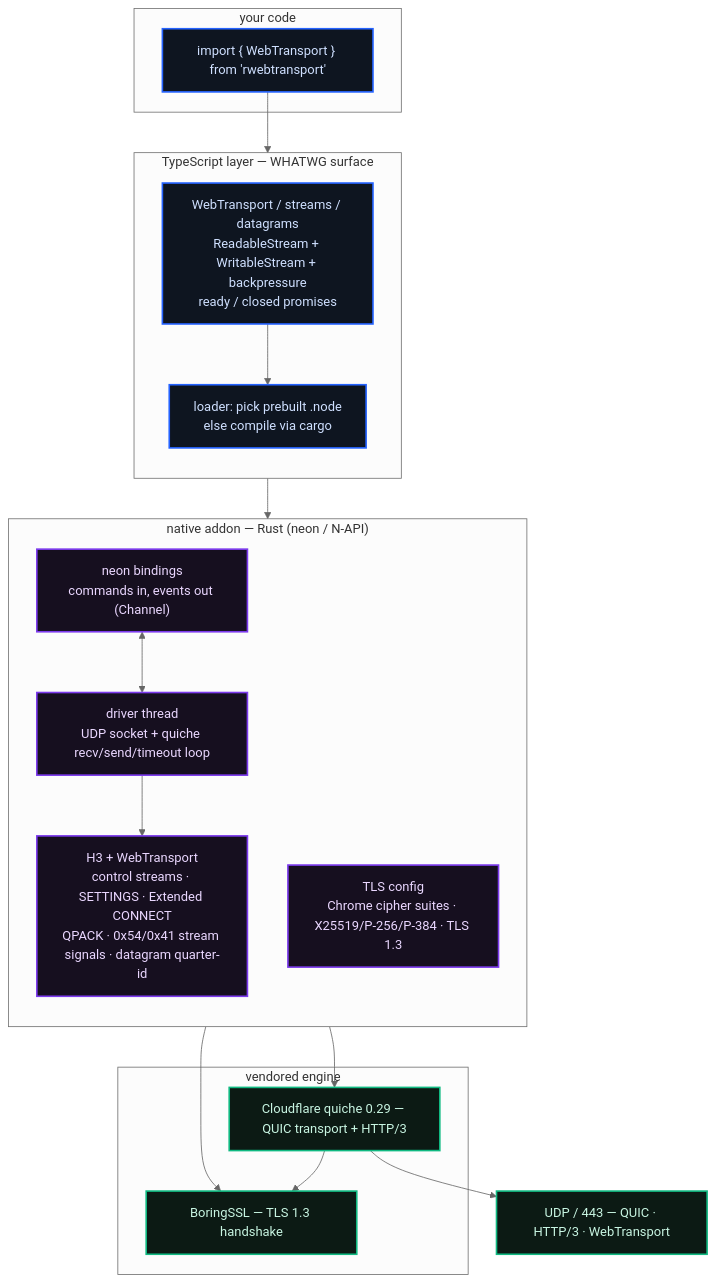
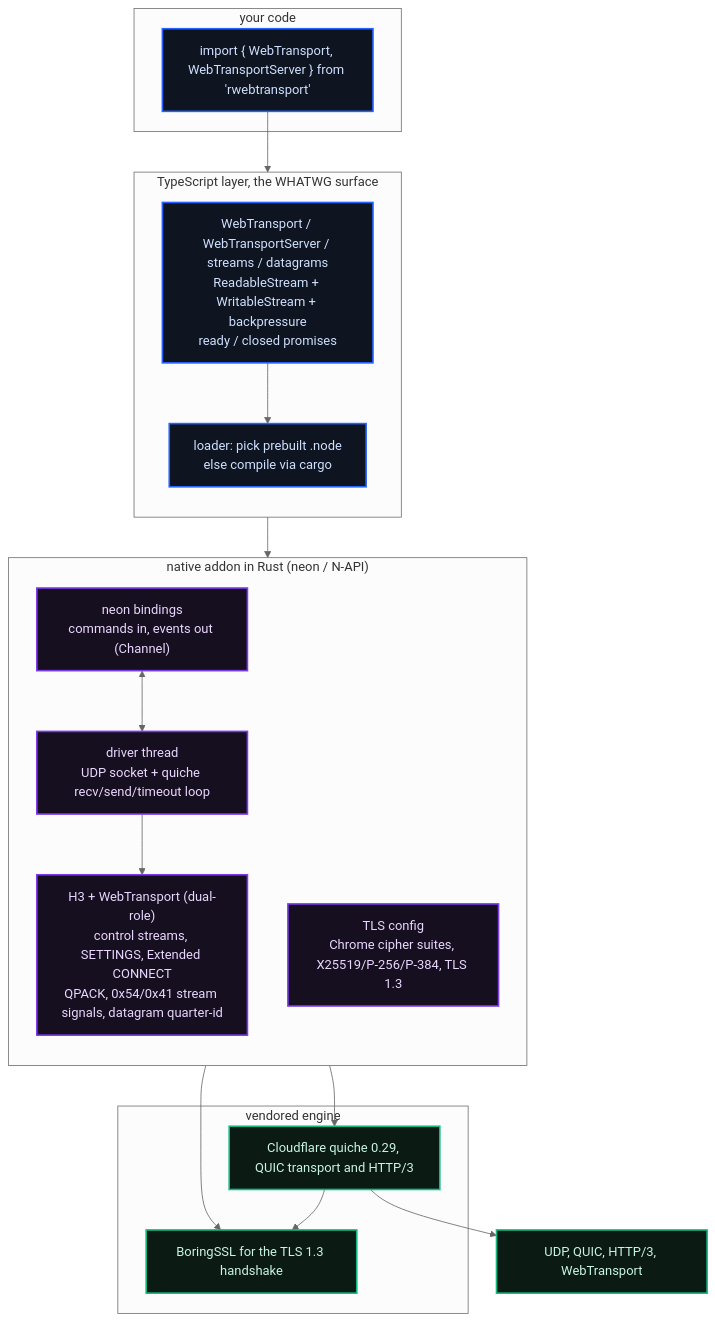
One commit to dacely-cloud/rwebtransport changed the diagram in README.md. Above: the diagram before and after it, drawn with Mermaid (neutral theme). The commit also changed other lines of this file and 7 other files, not shown here.

First line of the commit message:
Fix server backpressure underflow + datagram-readable-never-closes; add worker/deadlock tests + bench

````diff
--- a/README.md
+++ b/README.md
@@ -263,45 +287,45 @@
 ```mermaid
 flowchart TB
     classDef js fill:#0e1520,stroke:#2563ff,stroke-width:2px,color:#cfe0ff;
     classDef rust fill:#160f1f,stroke:#7c3aed,stroke-width:2px,color:#ead7ff;
     classDef net fill:#0c1a14,stroke:#10b981,stroke-width:2px,color:#c8f5e2;
 
     subgraph APP["your code"]
-      YOU["import { WebTransport } from 'rwebtransport'"]
+      YOU["import { WebTransport, WebTransportServer } from 'rwebtransport'"]
     end
 
-    subgraph TS["TypeScript layer — WHATWG surface"]
+    subgraph TS["TypeScript layer, the WHATWG surface"]
       direction TB
-      WTAPI["WebTransport / streams / datagrams<br/>ReadableStream + WritableStream + backpressure<br/>ready / closed promises"]
+      WTAPI["WebTransport / WebTransportServer / streams / datagrams<br/>ReadableStream + WritableStream + backpressure<br/>ready / closed promises"]
       LOADER["loader: pick prebuilt .node<br/>else compile via cargo"]
     end
 
-    subgraph NATIVE["native addon — Rust (neon / N-API)"]
+    subgraph NATIVE["native addon in Rust (neon / N-API)"]
       direction TB
       BIND["neon bindings<br/>commands in, events out (Channel)"]
       DRIVER["driver thread<br/>UDP socket + quiche recv/send/timeout loop"]
-      H3WT["H3 + WebTransport<br/>control streams · SETTINGS · Extended CONNECT<br/>QPACK · 0x54/0x41 stream signals · datagram quarter-id"]
-      TLS["TLS config<br/>Chrome cipher suites · X25519/P-256/P-384 · TLS 1.3"]
+      H3WT["H3 + WebTransport (dual-role)<br/>control streams, SETTINGS, Extended CONNECT<br/>QPACK, 0x54/0x41 stream signals, datagram quarter-id"]
+      TLS["TLS config<br/>Chrome cipher suites, X25519/P-256/P-384, TLS 1.3"]
     end
 
     subgraph ENGINE["vendored engine"]
-      QUICHE["Cloudflare quiche 0.29 — QUIC transport + HTTP/3"]
-      BSSL["BoringSSL — TLS 1.3 handshake"]
+      QUICHE["Cloudflare quiche 0.29, QUIC transport and HTTP/3"]
+      BSSL["BoringSSL for the TLS 1.3 handshake"]
     end
 
-    WIRE["UDP / 443 — QUIC · HTTP/3 · WebTransport"]
+    WIRE["UDP, QUIC, HTTP/3, WebTransport"]
 
     YOU --> WTAPI
     WTAPI --> LOADER
     LOADER --> BIND
     BIND <--> DRIVER
     DRIVER --> H3WT
     H3WT --> QUICHE
     TLS --> BSSL
     QUICHE --> BSSL
     QUICHE --> WIRE
 
     class YOU,WTAPI,LOADER js;
     class BIND,DRIVER,H3WT,TLS rust;
     class QUICHE,BSSL,WIRE net;
 ```
````
